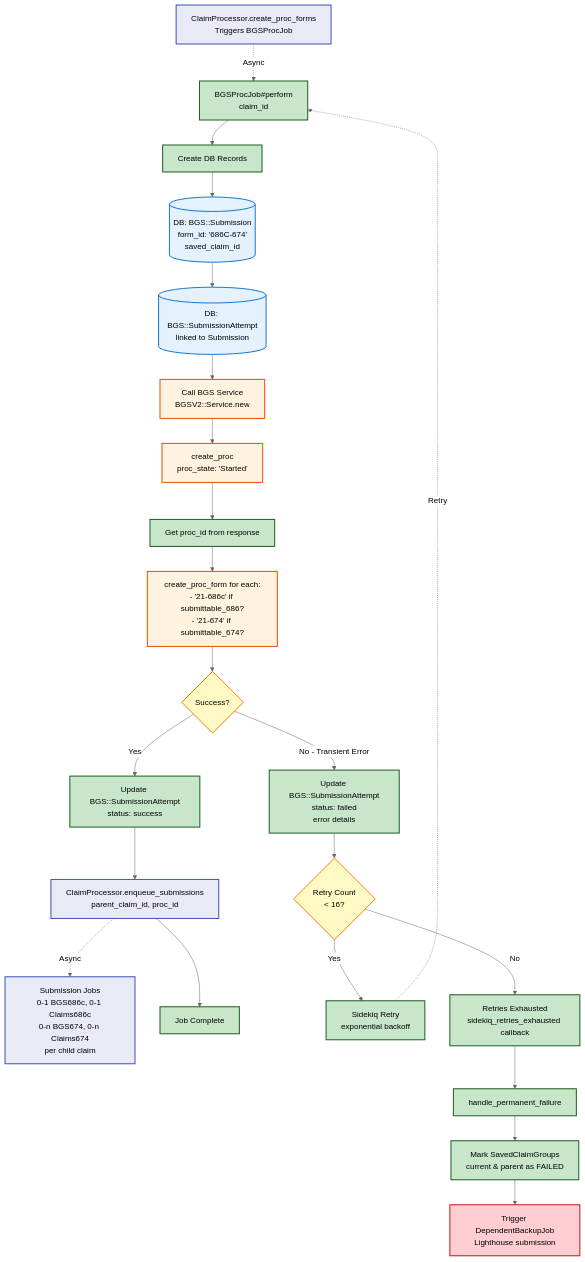
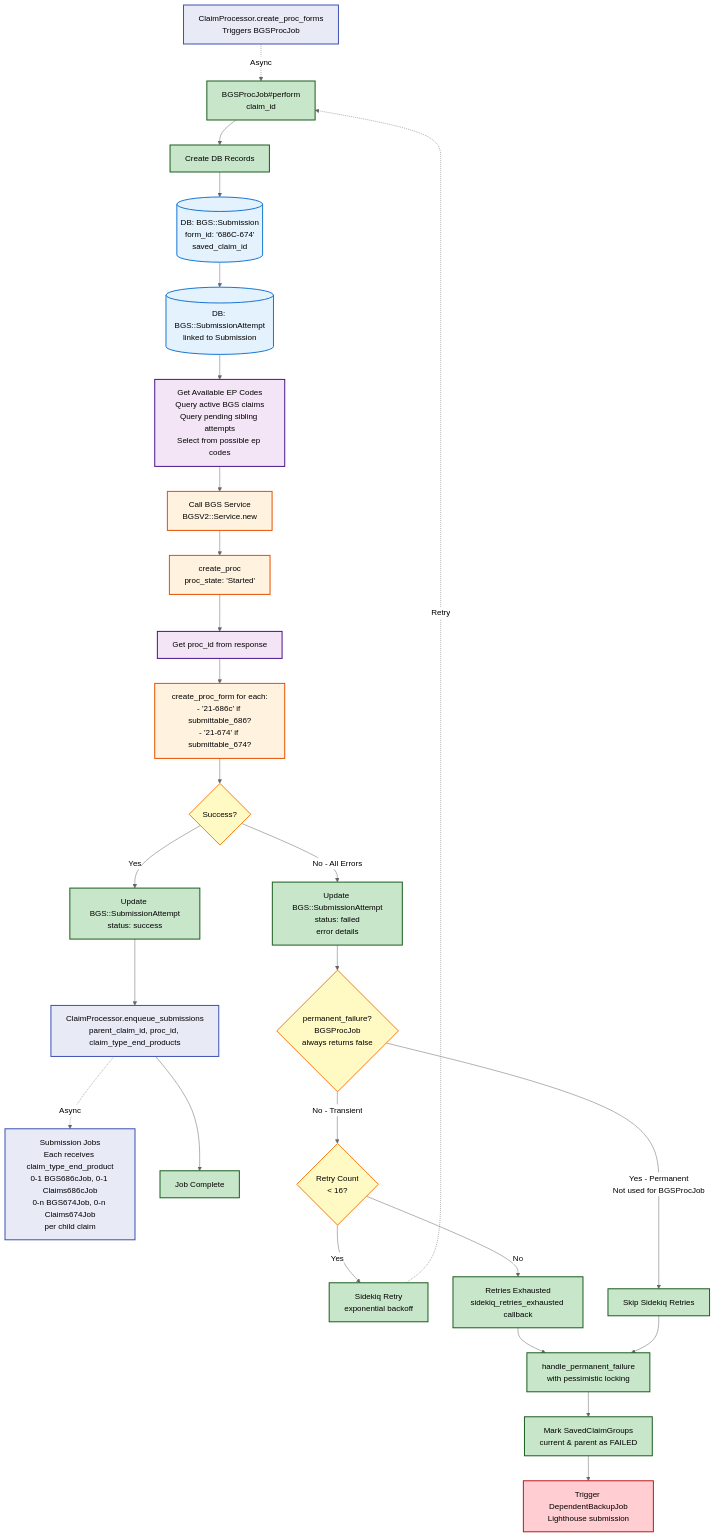
Before and after one commit to department-of-veterans-affairs/vets-api: the diagram in modules/dependents_benefits/documentation/data_flow_diagrams/bgs_proc_job_flow.md, drawn with Mermaid (neutral theme). The commit also changed other lines of this file and 7 other files, not shown here.

````diff
--- a/modules/dependents_benefits/documentation/data_flow_diagrams/bgs_proc_job_flow.md
+++ b/modules/dependents_benefits/documentation/data_flow_diagrams/bgs_proc_job_flow.md
@@ -7,46 +7,53 @@
 ```mermaid
 graph TD
     Start[ClaimProcessor.create_proc_forms<br/>Triggers BGSProcJob] -.Async.-> Job[BGSProcJob#perform<br/>claim_id]
     
     Job --> CreateRecords[Create DB Records]
     CreateRecords --> DB1[(DB: BGS::Submission<br/>form_id: '686C-674'<br/>saved_claim_id)]
     DB1 --> DB2[(DB: BGS::SubmissionAttempt<br/>linked to Submission)]
     
-    DB2 --> CallBGS[Call BGS Service<br/>BGSV2::Service.new]
+    DB2 --> GetEPCodes[Get Available EP Codes<br/>Query active BGS claims<br/>Query pending sibling attempts<br/>Select from possible ep codes]
+    GetEPCodes --> CallBGS[Call BGS Service<br/>BGSV2::Service.new]
     CallBGS --> CreateProc[create_proc<br/>proc_state: 'Started']
     CreateProc --> GetProcId[Get proc_id from response]
     
     GetProcId --> CreateForms[create_proc_form for each:<br/>- '21-686c' if submittable_686?<br/>- '21-674' if submittable_674?]
     
     CreateForms --> Success{Success?}
     
     Success -->|Yes| UpdateAttempt[Update BGS::SubmissionAttempt<br/>status: success]
-    UpdateAttempt --> CallProcessor[ClaimProcessor.enqueue_submissions<br/>parent_claim_id, proc_id]
-    CallProcessor -.Async.-> SubmissionJobs[Submission Jobs<br/>0-1 BGS686c, 0-1 Claims686c<br/>0-n BGS674, 0-n Claims674<br/>per child claim]
+    UpdateAttempt --> CallProcessor[ClaimProcessor.enqueue_submissions<br/>parent_claim_id, proc_id, claim_type_end_products]
+    CallProcessor -.Async.-> SubmissionJobs[Submission Jobs<br/>Each receives claim_type_end_product<br/>0-1 BGS686cJob, 0-1 Claims686cJob<br/>0-n BGS674Job, 0-n Claims674Job<br/>per child claim]
     CallProcessor --> Complete[Job Complete]
     
-    Success -->|No - Transient Error| UpdateFailed[Update BGS::SubmissionAttempt<br/>status: failed<br/>error details]
-    UpdateFailed --> Retry{Retry Count<br/>< 16?}
+    Success -->|No - All Errors| UpdateFailed[Update BGS::SubmissionAttempt<br/>status: failed<br/>error details]
+    UpdateFailed --> CheckPerm{permanent_failure?<br/>BGSProcJob<br/>always returns false}
+    CheckPerm -->|No - Transient| Retry{Retry Count<br/>< 16?}
     Retry -->|Yes| RetryJob[Sidekiq Retry<br/>exponential backoff]
     RetryJob -.Retry.-> Job
     
     Retry -->|No| Exhausted[Retries Exhausted<br/>sidekiq_retries_exhausted callback]
-    Exhausted --> HandlePerm[handle_permanent_failure]
+    Exhausted --> HandlePerm[handle_permanent_failure<br/>with pessimistic locking]
     HandlePerm --> MarkFailed[Mark SavedClaimGroups<br/>current & parent as FAILED]
     MarkFailed --> BackupJob[Trigger DependentBackupJob<br/>Lighthouse submission]
+    
+    CheckPerm -->|Yes - Permanent<br/>Not used for BGSProcJob| SkipRetry[Skip Sidekiq Retries]
+    SkipRetry --> HandlePerm
     
     %% Styling
     classDef trigger fill:#e8eaf6,stroke:#3f51b5,stroke-width:2px
     classDef process fill:#c8e6c9,stroke:#1b5e20,stroke-width:2px
     classDef database fill:#e3f2fd,stroke:#1976d2,stroke-width:2px
     classDef service fill:#fff3e0,stroke:#e65100,stroke-width:2px
     classDef decision fill:#fff9c4,stroke:#f57f17,stroke-width:2px
     classDef failure fill:#ffcdd2,stroke:#b71c1c,stroke-width:2px
+    classDef epcode fill:#f3e5f5,stroke:#4a148c,stroke-width:2px
     
     class Start,CallProcessor,SubmissionJobs trigger
-    class Job,CreateRecords,GetProcId,UpdateAttempt,UpdateFailed,HandlePerm,MarkFailed,Complete,RetryJob,Exhausted process
+    class Job,CreateRecords,UpdateAttempt,UpdateFailed,HandlePerm,MarkFailed,Complete,RetryJob,Exhausted,SkipRetry process
     class DB1,DB2 database
     class CallBGS,CreateProc,CreateForms service
-    class Success,Retry decision
+    class Success,Retry,CheckPerm decision
     class BackupJob failure
+    class GetEPCodes,GetProcId epcode
 ```
````
